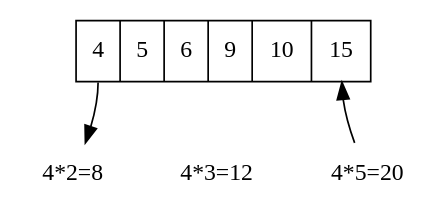
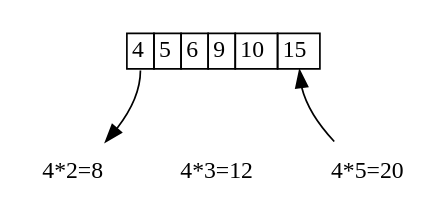
The diagram in others/preface/img/q4.dot (liuxinyu95/AlgoXY), drawn with Graphviz before and after one commit. The commit also changed 7 other files, not shown here.

```diff
--- a/others/preface/img/q4.dot
+++ b/others/preface/img/q4.dot
@@ -1,12 +1,14 @@
 digraph G{
 	margin="0"
-	node[shape=record]
-	n[label="<head> 4|5|6|9|10|<tail> 15"];
-	x1[label="4*2=8", shape=none];
-	x2[label="4*3=12", shape=none];
-	x3[label="4*5=20", shape=none];
+	node[shape=plaintext]
+	n[shape=plaintext,
+      label=<<table BORDER="0" CELLBORDER="1" CELLSPACING="0">
+      <tr><td port="head">4</td><td>5</td><td>6</td><td>9</td><td>10</td><td port="tail">15</td></tr></table>>]
+	x1[label="4*2=8", style=filled, color=white];
+	x2[label="4*3=12", style=filled, color=white];
+	x3[label="4*5=20", style=filled, color=white];
 	n:head->x1;
 	x1->x2->x3[style=invis];
 	x3->n:tail;
 	{rank = same; x1; x2; x3}
 }
```
